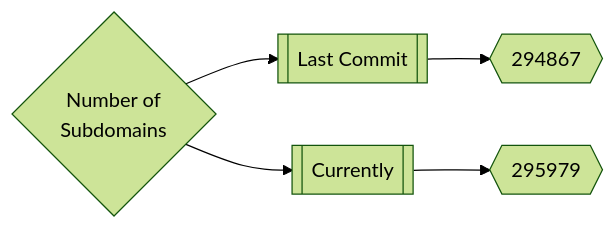
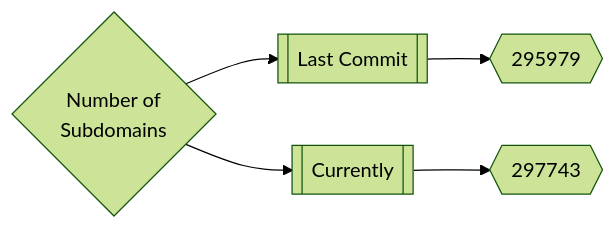
One commit to trickest/inventory changed the first of 3 diagrams in README.md. Above: the diagram before and after it, drawn with Mermaid (forest theme). The commit also changed other lines of this file, not shown here.

Commit message:
Update Tue May  3 15:34:19 UTC 2022

````diff
--- a/README.md
+++ b/README.md
@@ -165,5 +165,5 @@
 ```mermaid
 graph LR
-title{Number of<br>Subdomains} --> subdomainsDate1[[Last Commit]] --> subdomainsNum1{{294867}}
-title --> subdomainsDate2[[Currently]] --> subdomainsNum2{{295979}}
+title{Number of<br>Subdomains} --> subdomainsDate1[[Last Commit]] --> subdomainsNum1{{295979}}
+title --> subdomainsDate2[[Currently]] --> subdomainsNum2{{297743}}
 ```
````
